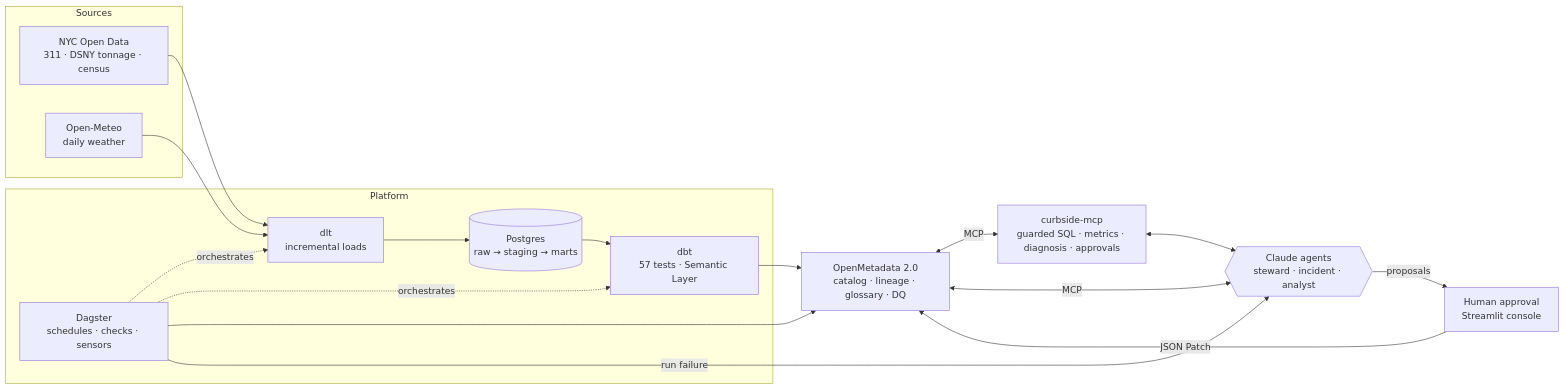
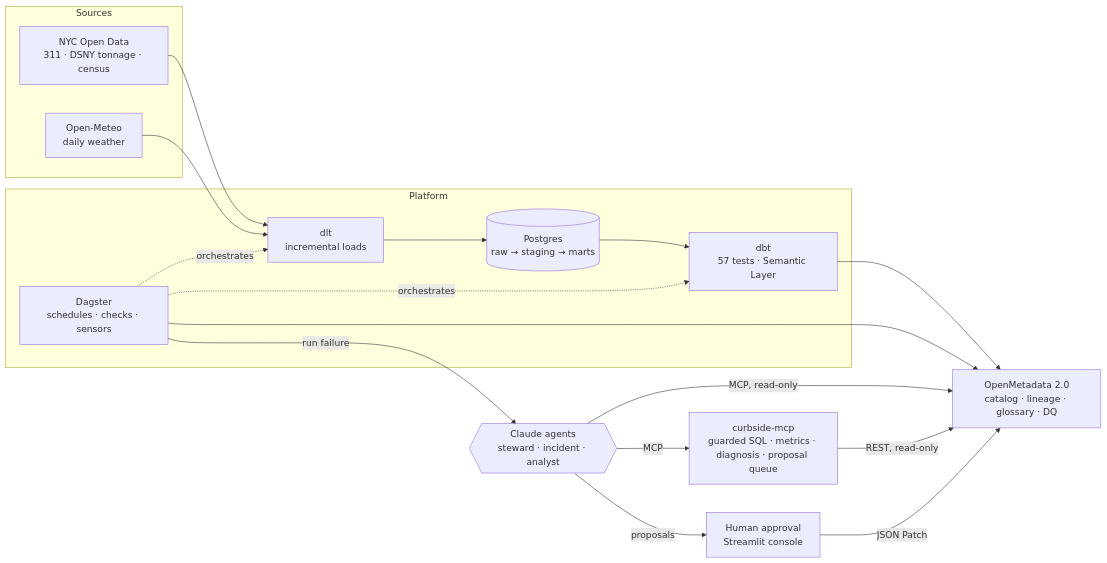
Before and after one commit to ujwaldasari1/curbside: the diagram in README.md, drawn with Mermaid. The commit also changed other lines of this file and 1 other file, not shown here.

First line of the commit message:
Infrastructure diagram; correct the README flow chart

````diff
--- a/README.md
+++ b/README.md
@@ -19,21 +19,21 @@
 ```mermaid
 flowchart LR
   subgraph Sources
     A1[NYC Open Data<br/>311 · DSNY tonnage · census]
     A2[Open-Meteo<br/>daily weather]
   end
   subgraph Platform
     B[dlt<br/>incremental loads] --> C[(Postgres<br/>raw → staging → marts)]
     C --> D[dbt<br/>57 tests · Semantic Layer]
     E[Dagster<br/>schedules · checks · sensors] -.orchestrates.-> B & D
   end
   A1 & A2 --> B
   D --> F[OpenMetadata 2.0<br/>catalog · lineage · glossary · DQ]
   E --> F
-  F <-->|MCP| G[curbside-mcp<br/>guarded SQL · metrics · diagnosis · approvals]
-  F <-->|MCP| H{{Claude agents<br/>steward · incident · analyst}}
-  G <--> H
+  H{{Claude agents<br/>steward · incident · analyst}} -->|MCP, read-only| F
+  H -->|MCP| G[curbside-mcp<br/>guarded SQL · metrics · diagnosis · proposal queue]
+  G -->|REST, read-only| F
   H -->|proposals| I[Human approval<br/>Streamlit console]
   I -->|JSON Patch| F
   E -->|run failure| H
 ```
````
